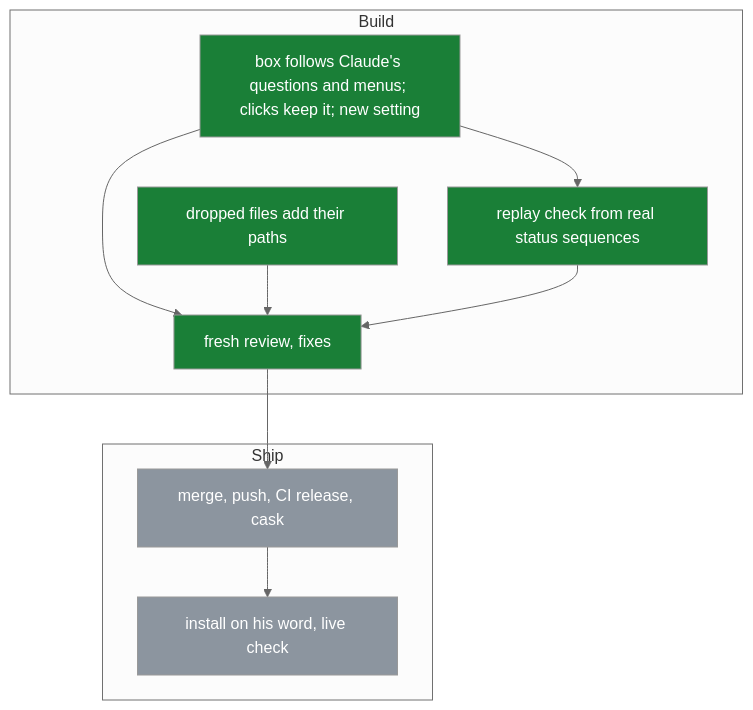
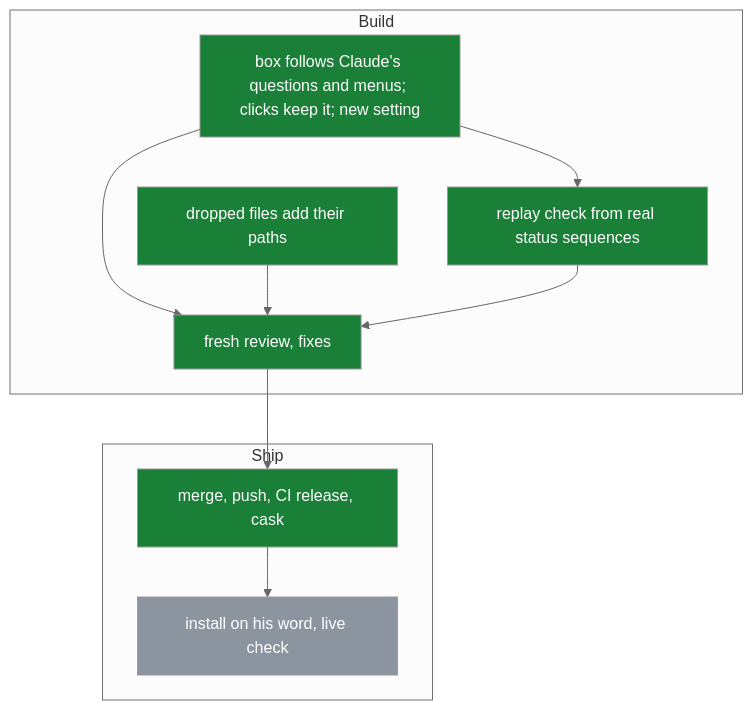
Before and after one commit to michaeljryoung/patton: the diagram in docs/compose-box.md, drawn with Mermaid (neutral theme). The commit also changed other lines of this file and 3 other files, not shown here.

First line of the commit message:
Notes: v1.31.0 compose box released, map reality check, install hand-off (S56) [no-release]

````diff
--- a/docs/compose-box.md
+++ b/docs/compose-box.md
@@ -10,25 +10,25 @@
 ```mermaid
 flowchart TD
   subgraph B["Build"]
     box_core[box follows Claude's questions and menus; clicks keep it; new setting]:::done
     box_drop[dropped files add their paths]:::done
     box_replay[replay check from real status sequences]:::done
     box_review[fresh review, fixes]:::done
   end
   subgraph S["Ship"]
-    box_release[merge, push, CI release, cask]:::todo
+    box_release[merge, push, CI release, cask]:::done
     box_ship[install on his word, live check]:::todo
   end
   box_core --> box_replay
   box_core --> box_review
   box_drop --> box_review
   box_replay --> box_review
   box_review --> box_release
   box_release --> box_ship
   classDef done fill:#1a7f37,color:#fff
   classDef live fill:#0969da,color:#fff
   classDef todo fill:#8c959f,color:#fff
   classDef blocked fill:#cf222e,color:#fff
   classDef dropped fill:#eaeef2,color:#57606a
   classDef superseded fill:#eaeef2,color:#57606a
 ```
````
